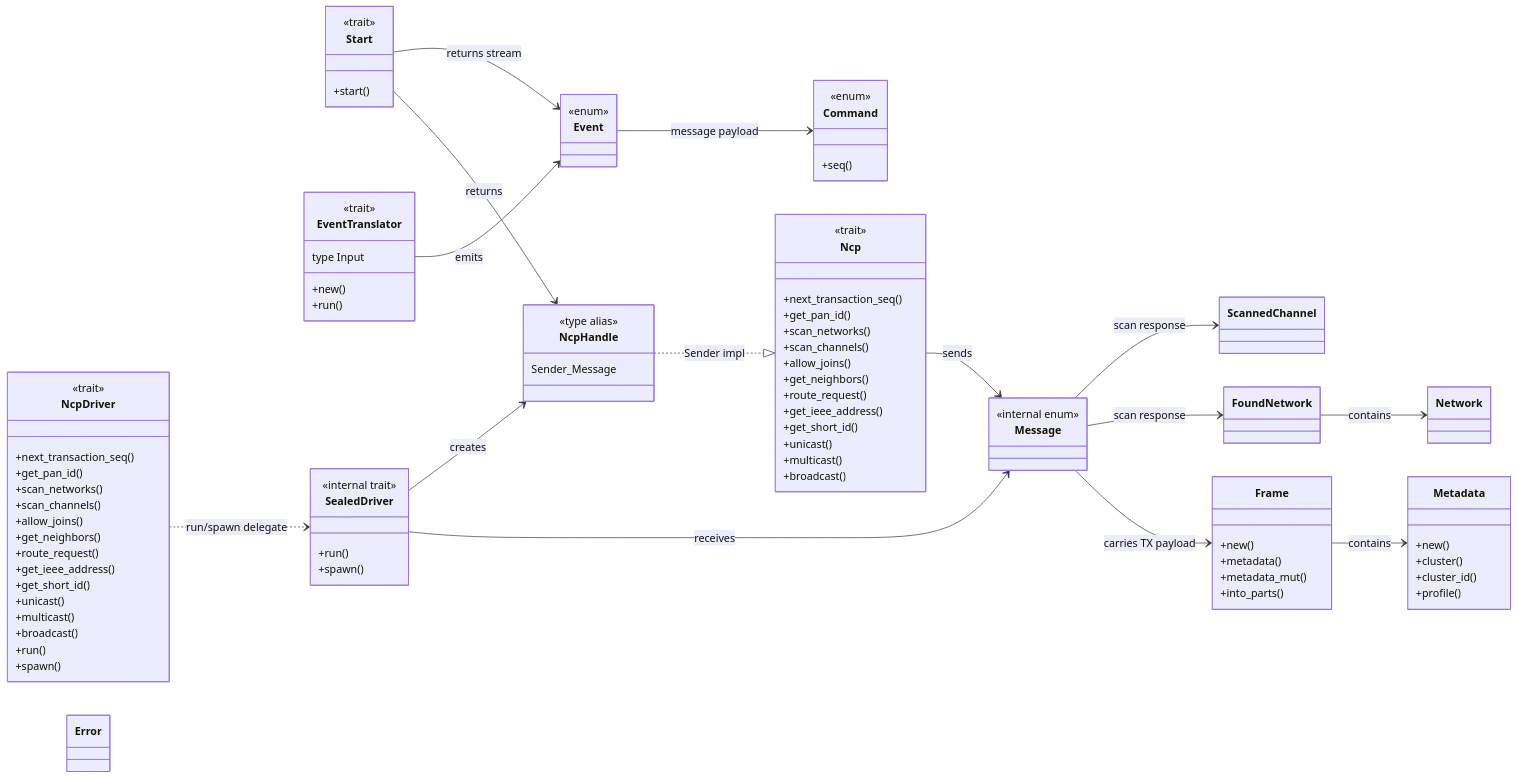
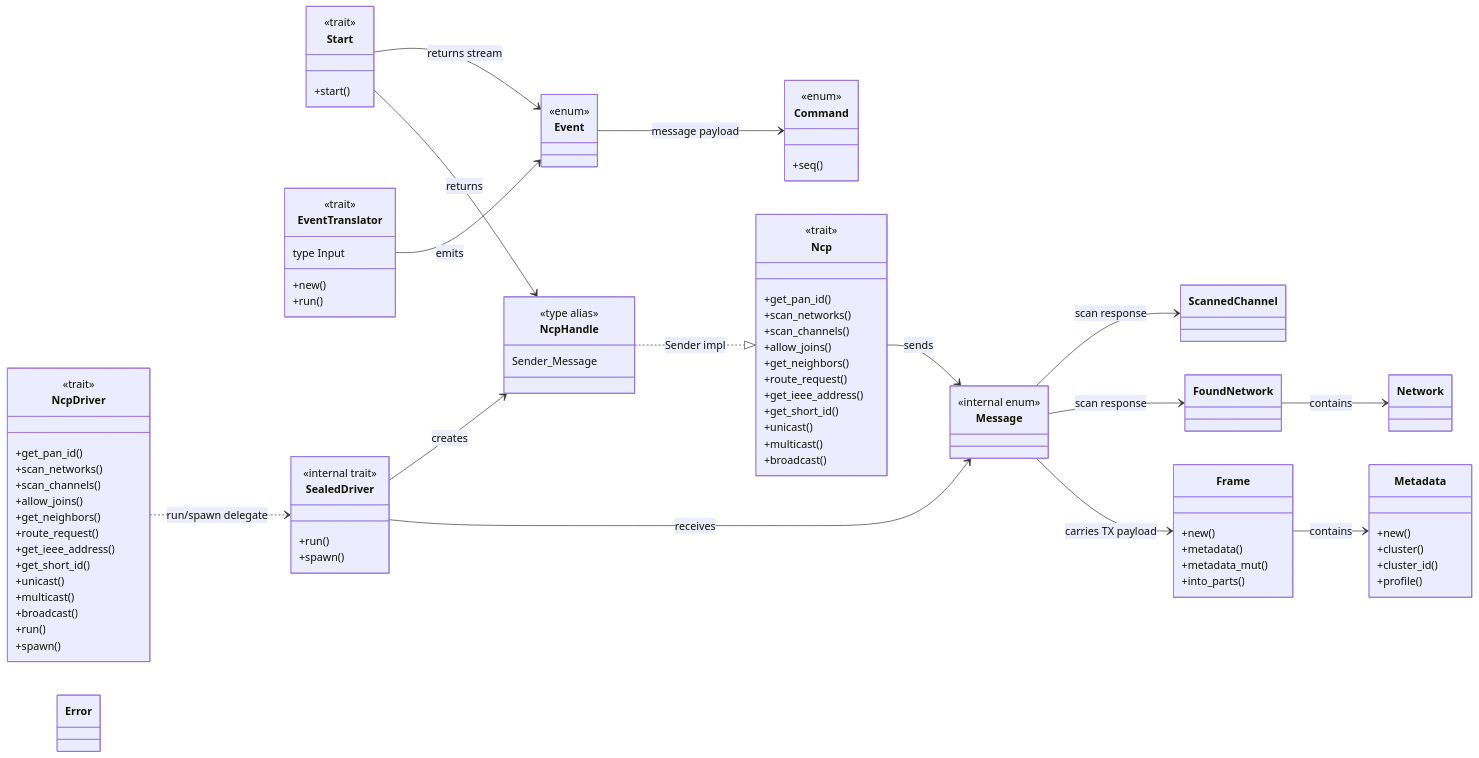
The first of 3 diagrams in apis-saltans-hw/ARCHITECTURE.md (PaulmannLighting/apis-saltans), drawn with Mermaid before and after one commit. The commit also changed other lines of this file and 8 other files, not shown here.

Commit message:
Remove unused `get_transaction_seq()`.

```diff
--- a/apis-saltans-hw/ARCHITECTURE.md
+++ b/apis-saltans-hw/ARCHITECTURE.md
@@ -57,7 +57,6 @@
 
     class NcpDriver {
         <<trait>>
-        +next_transaction_seq()
         +get_pan_id()
         +scan_networks()
         +scan_channels()
@@ -81,7 +80,6 @@
 
     class Ncp {
         <<trait>>
-        +next_transaction_seq()
         +get_pan_id()
         +scan_networks()
         +scan_channels()
```
